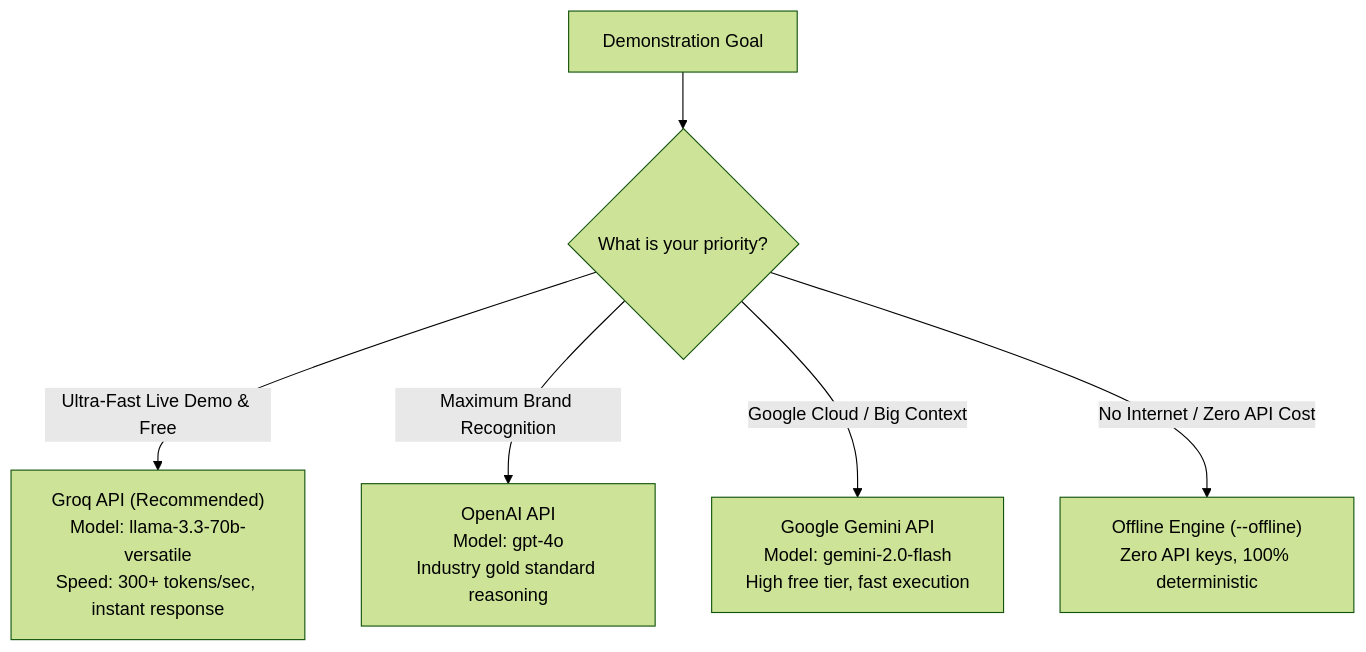
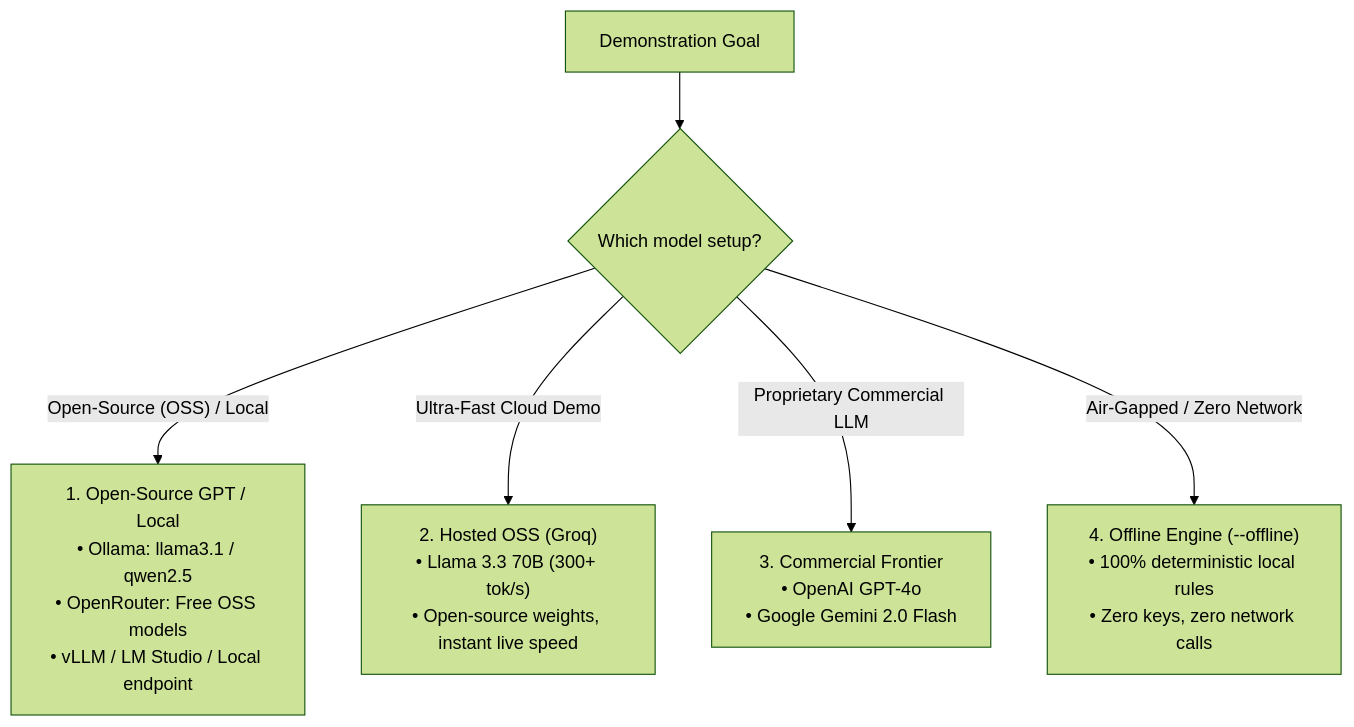
The second of 4 diagrams in docs/customer.md (dhawalshankar/daroga), drawn with Mermaid (forest theme) before and after one commit. The commit also changed other lines of this file and 2 other files, not shown here.

Commit message:
feat(ai): support OpenAI GPT-OSS 120B on Groq LPUs as default OSS demo model

````diff
--- a/docs/customer.md
+++ b/docs/customer.md
@@ -67,9 +67,9 @@
 ```mermaid
 flowchart TD
-    Start["Demonstration Goal"] --> Choice{"What is your priority?"}
+    Start["Demonstration Goal"] --> Choice{"Which model setup?"}
     
-    Choice -->|"Ultra-Fast Live Demo & Free"| Groq["Groq API (Recommended)<br/>Model: llama-3.3-70b-versatile<br/>Speed: 300+ tokens/sec, instant response"]
-    Choice -->|"Maximum Brand Recognition"| OpenAI["OpenAI API<br/>Model: gpt-4o<br/>Industry gold standard reasoning"]
-    Choice -->|"Google Cloud / Big Context"| Gemini["Google Gemini API<br/>Model: gemini-2.0-flash<br/>High free tier, fast execution"]
-    Choice -->|"No Internet / Zero API Cost"| Offline["Offline Engine (--offline)<br/>Zero API keys, 100% deterministic"]
+    Choice -->|"Open-Source (OSS) / Local"| OSS["1. Open-Source GPT / Local<br/>• Ollama: llama3.1 / qwen2.5<br/>• OpenRouter: Free OSS models<br/>• vLLM / LM Studio / Local endpoint"]
+    Choice -->|"Ultra-Fast Cloud Demo"| Groq["2. Hosted OSS (Groq)<br/>• Llama 3.3 70B (300+ tok/s)<br/>• Open-source weights, instant live speed"]
+    Choice -->|"Proprietary Commercial LLM"| Commercial["3. Commercial Frontier<br/>• OpenAI GPT-4o<br/>• Google Gemini 2.0 Flash"]
+    Choice -->|"Air-Gapped / Zero Network"| Offline["4. Offline Engine (--offline)<br/>• 100% deterministic local rules<br/>• Zero keys, zero network calls"]
 ```
````
